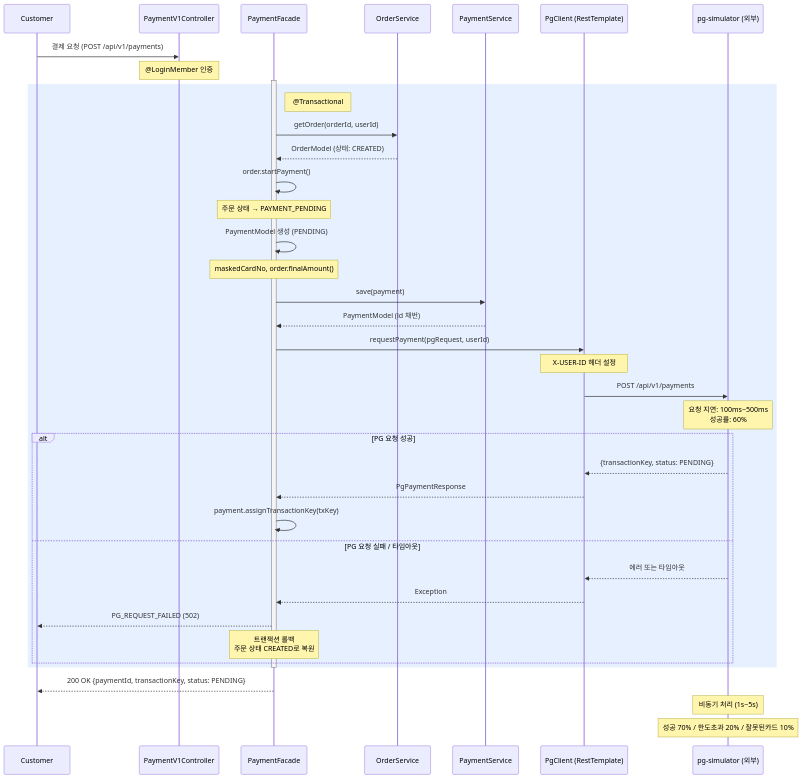
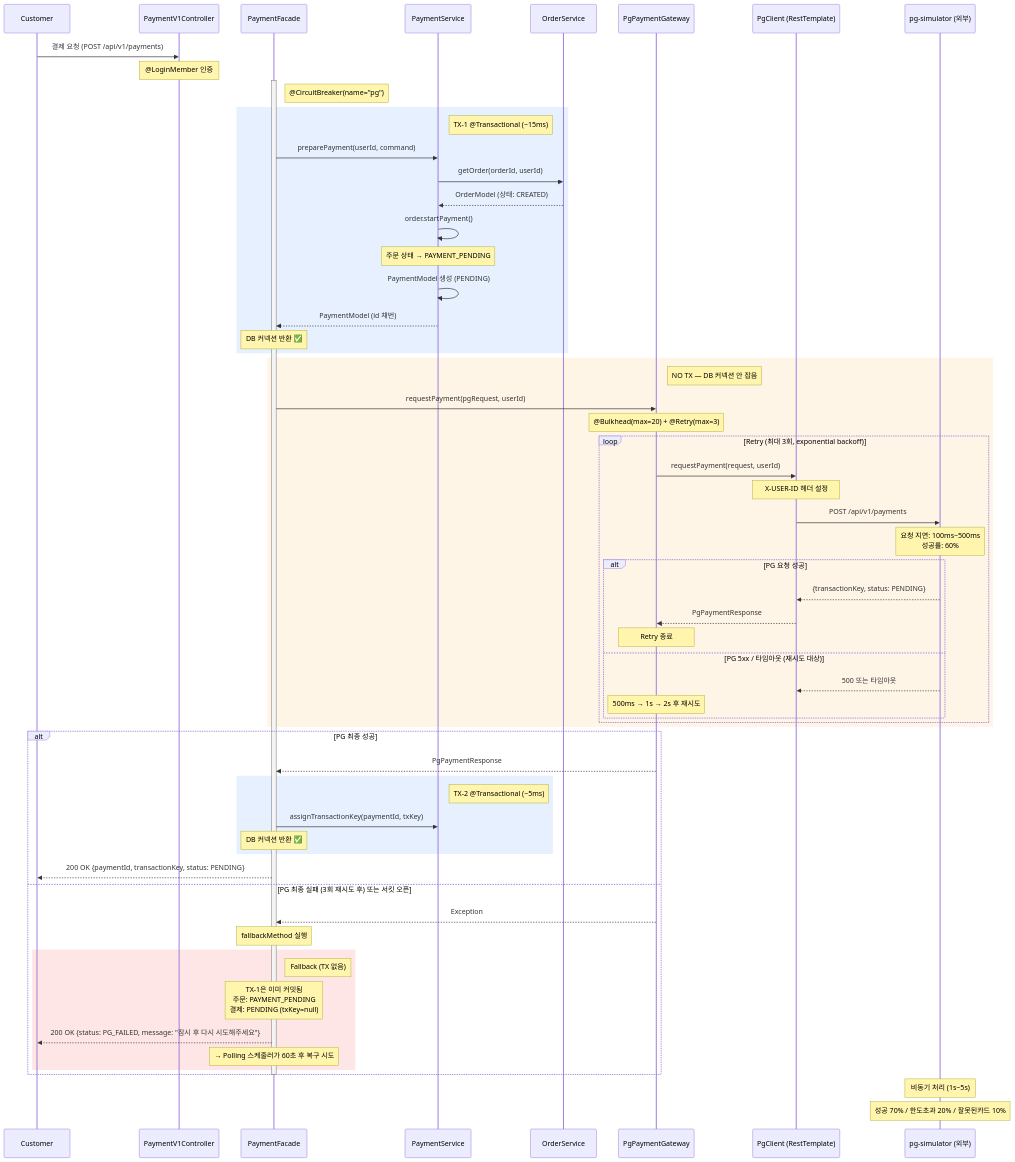
One commit to Praesentia-YKM/loop-pack-be-l2-vol3-java changed the diagram in docs/design/mermaid/03-sequence-payment-request.mmd. Above: the diagram before and after it, drawn with Mermaid. The commit also changed 21 other files, not shown here.

```diff
--- a/docs/design/mermaid/03-sequence-payment-request.mmd
+++ b/docs/design/mermaid/03-sequence-payment-request.mmd
@@ -1,47 +1,79 @@
 sequenceDiagram
     participant C as Customer
     participant Ctrl as PaymentV1Controller
     participant PF as PaymentFacade
+    participant PS as PaymentService
     participant OS as OrderService
-    participant PS as PaymentService
+    participant GW as PgPaymentGateway
     participant PG as PgClient (RestTemplate)
     participant Sim as pg-simulator (외부)
 
     C->>Ctrl: 결제 요청 (POST /api/v1/payments)
     Note over Ctrl: @LoginMember 인증
 
     activate PF
+    Note right of PF: @CircuitBreaker(name="pg")
+
+    %% TX-1: DB 작업만, 커밋 후 커넥션 즉시 반환
     rect rgb(230, 240, 255)
-        Note right of PF: @Transactional
-        PF->>OS: getOrder(orderId, userId)
-        OS-->>PF: OrderModel (상태: CREATED)
-        PF->>PF: order.startPayment()
-        Note over PF: 주문 상태 → PAYMENT_PENDING
+        Note right of PS: TX-1 @Transactional (~15ms)
+        PF->>PS: preparePayment(userId, command)
+        PS->>OS: getOrder(orderId, userId)
+        OS-->>PS: OrderModel (상태: CREATED)
+        PS->>PS: order.startPayment()
+        Note over PS: 주문 상태 → PAYMENT_PENDING
+        PS->>PS: PaymentModel 생성 (PENDING)
+        PS-->>PF: PaymentModel (id 채번)
+        Note over PF: DB 커넥션 반환 ✅
+    end
 
-        PF->>PF: PaymentModel 생성 (PENDING)
-        Note over PF: maskedCardNo, order.finalAmount()
-        PF->>PS: save(payment)
-        PS-->>PF: PaymentModel (id 채번)
+    %% NO TX: PG 호출 — DB 커넥션 미점유
+    rect rgb(255, 245, 230)
+        Note right of GW: NO TX — DB 커넥션 안 잡음
+        PF->>GW: requestPayment(pgRequest, userId)
+        Note over GW: @Bulkhead(max=20) + @Retry(max=3)
 
-        PF->>PG: requestPayment(pgRequest, userId)
-        Note over PG: X-USER-ID 헤더 설정
-        PG->>Sim: POST /api/v1/payments
-        Note over Sim: 요청 지연: 100ms~500ms<br/>성공률: 60%
+        loop Retry (최대 3회, exponential backoff)
+            GW->>PG: requestPayment(request, userId)
+            Note over PG: X-USER-ID 헤더 설정
+            PG->>Sim: POST /api/v1/payments
+            Note over Sim: 요청 지연: 100ms~500ms<br/>성공률: 60%
 
-        alt PG 요청 성공
-            Sim-->>PG: {transactionKey, status: PENDING}
-            PG-->>PF: PgPaymentResponse
-            PF->>PF: payment.assignTransactionKey(txKey)
-        else PG 요청 실패 / 타임아웃
-            Sim-->>PG: 에러 또는 타임아웃
-            PG-->>PF: Exception
-            PF-->>C: PG_REQUEST_FAILED (502)
-            Note over PF: 트랜잭션 롤백<br/>주문 상태 CREATED로 복원
+            alt PG 요청 성공
+                Sim-->>PG: {transactionKey, status: PENDING}
+                PG-->>GW: PgPaymentResponse
+                Note over GW: Retry 종료
+            else PG 5xx / 타임아웃 (재시도 대상)
+                Sim-->>PG: 500 또는 타임아웃
+                Note over GW: 500ms → 1s → 2s 후 재시도
+            end
+        end
+    end
+
+    alt PG 최종 성공
+        GW-->>PF: PgPaymentResponse
+
+        %% TX-2: transactionKey 저장
+        rect rgb(230, 240, 255)
+            Note right of PS: TX-2 @Transactional (~5ms)
+            PF->>PS: assignTransactionKey(paymentId, txKey)
+            Note over PF: DB 커넥션 반환 ✅
+        end
+
+        PF-->>C: 200 OK {paymentId, transactionKey, status: PENDING}
+
+    else PG 최종 실패 (3회 재시도 후) 또는 서킷 오픈
+        GW-->>PF: Exception
+        Note over PF: fallbackMethod 실행
+
+        rect rgb(255, 230, 230)
+            Note right of PF: Fallback (TX 없음)
+            Note over PF: TX-1은 이미 커밋됨<br/>주문: PAYMENT_PENDING<br/>결제: PENDING (txKey=null)
+            PF-->>C: 200 OK {status: PG_FAILED, message: "잠시 후 다시 시도해주세요"}
+            Note over PF: → Polling 스케줄러가 60초 후 복구 시도
         end
     end
     deactivate PF
 
-    PF-->>C: 200 OK {paymentId, transactionKey, status: PENDING}
-
     Note over Sim: 비동기 처리 (1s~5s)
     Note over Sim: 성공 70% / 한도초과 20% / 잘못된카드 10%
```
